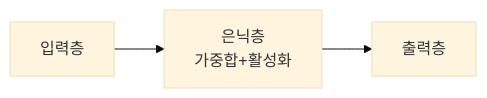
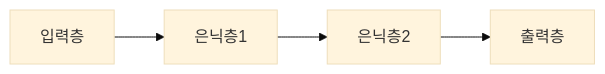
Before and after one commit to coninggu/wjdqhrhksflrltnftk: the first of 2 diagrams in content/neural-network.md, drawn with Mermaid (base theme). The commit also changed other lines of this file and 11 other files, not shown here.

````diff
--- a/content/neural-network.md
+++ b/content/neural-network.md
@@ -18,5 +10,6 @@
 ```mermaid
 flowchart LR
-  I[입력층] --> H[은닉층<br/>가중합+활성화]
-  H --> O[출력층]
+  I[입력층] --> H1[은닉층1]
+  H1 --> H2[은닉층2]
+  H2 --> O[출력층]
 ```
````
